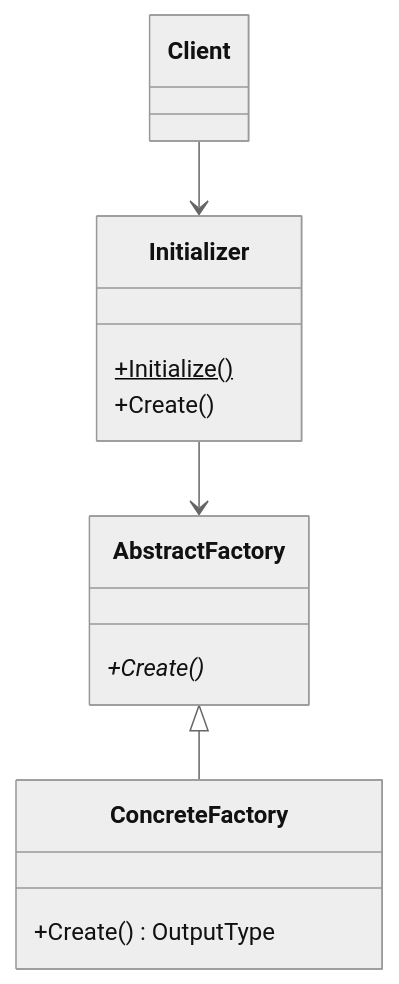
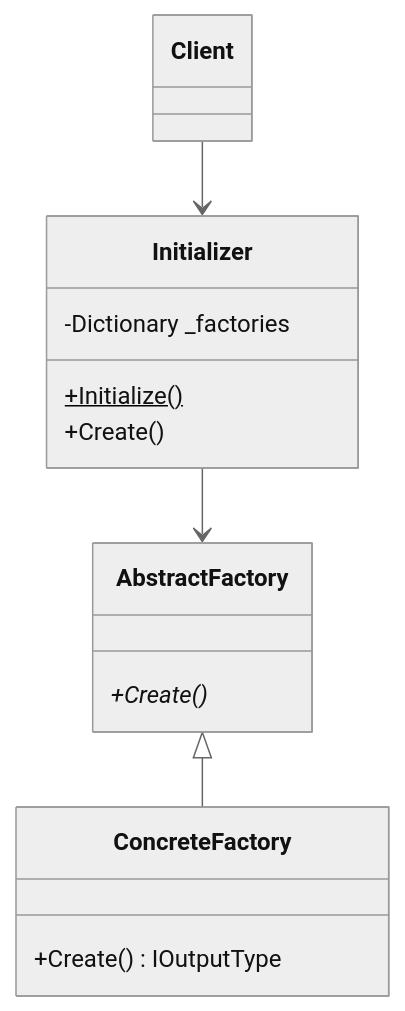
One commit to wbratz/generic-factory changed the diagram in README.md. Above: the diagram before and after it, drawn with Mermaid (neutral theme).

````diff
--- a/README.md
+++ b/README.md
@@ -4,11 +4,12 @@
 ```mermaid
 classDiagram
     Client --> Initializer
     Initializer --> AbstractFactory
     AbstractFactory <|-- ConcreteFactory
     
+    Initializer : -Dictionary<IInputType, AbstractFactory> _factories
     Initializer : +Initialize()$
     Initializer : +Create()
     AbstractFactory : +Create()*
-    ConcreteFactory : +Create() OutputType
+    ConcreteFactory : +Create() IOutputType
 ```
````
